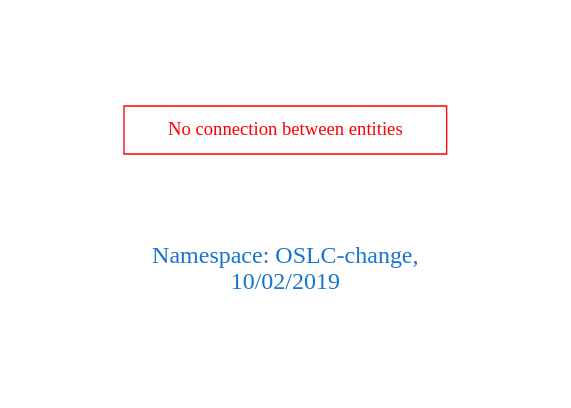
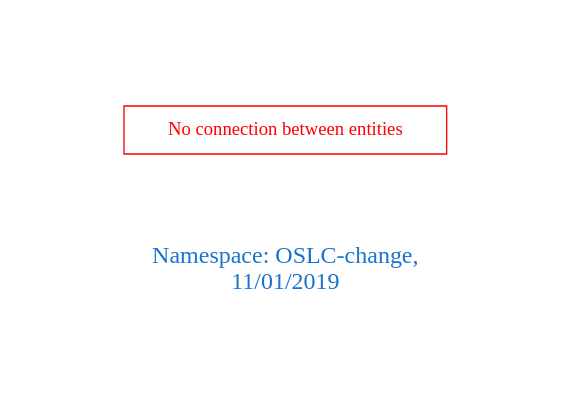
The diagram in downloads/OSLC-change.dot (arago/OGIT), drawn with Graphviz before and after one commit. The commit also changed 151 other files, not shown here.

```diff
--- a/downloads/OSLC-change.dot
+++ b/downloads/OSLC-change.dot
@@ -1,9 +1,9 @@
 digraph OGIT_ontology {
  graph [ rankdir= LR,pad=1 
 fontsize = 18,
-fontcolor= dodgerblue3,label = "\n\n\nNamespace: OSLC-change, \n 10/02/2019"];
+fontcolor= dodgerblue3,label = "\n\n\nNamespace: OSLC-change, \n 11/01/2019"];
 node[shape=polygon];
 edge [  color="gray81"];
 
 "No connection between entities" [fontcolor = "red",color="red", shape="polygon"]
 }
```
